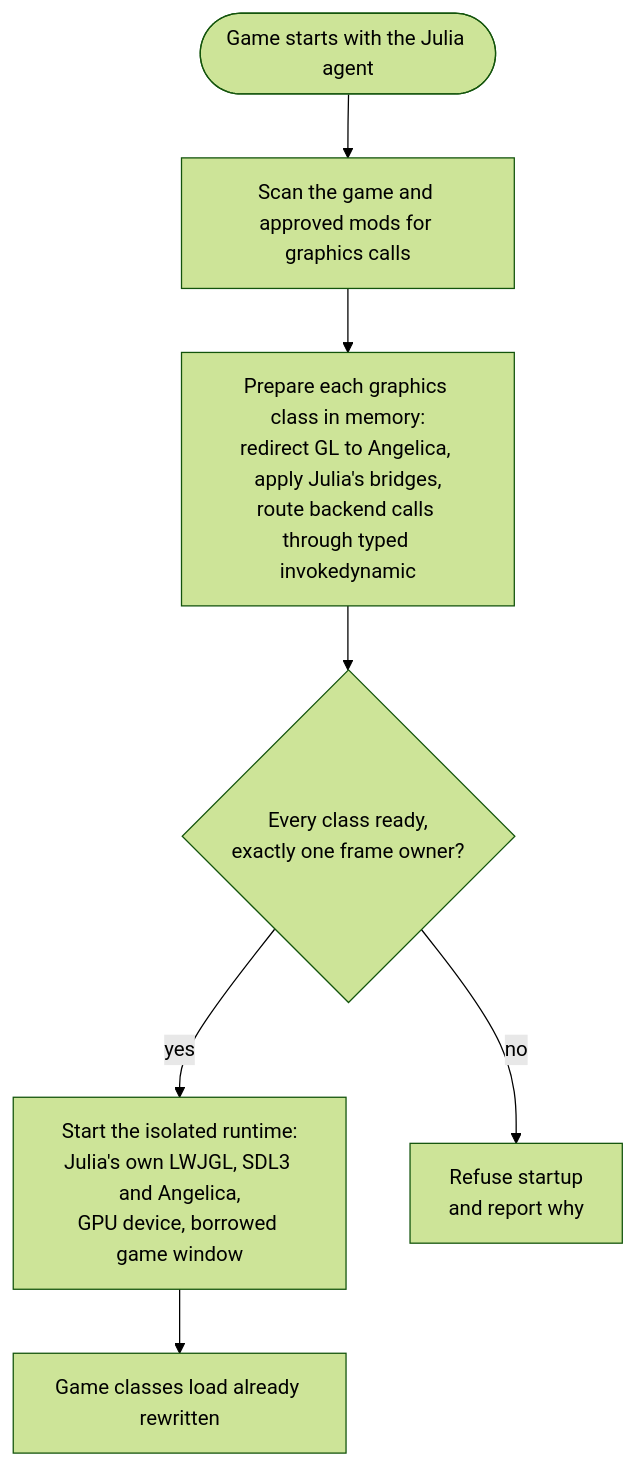
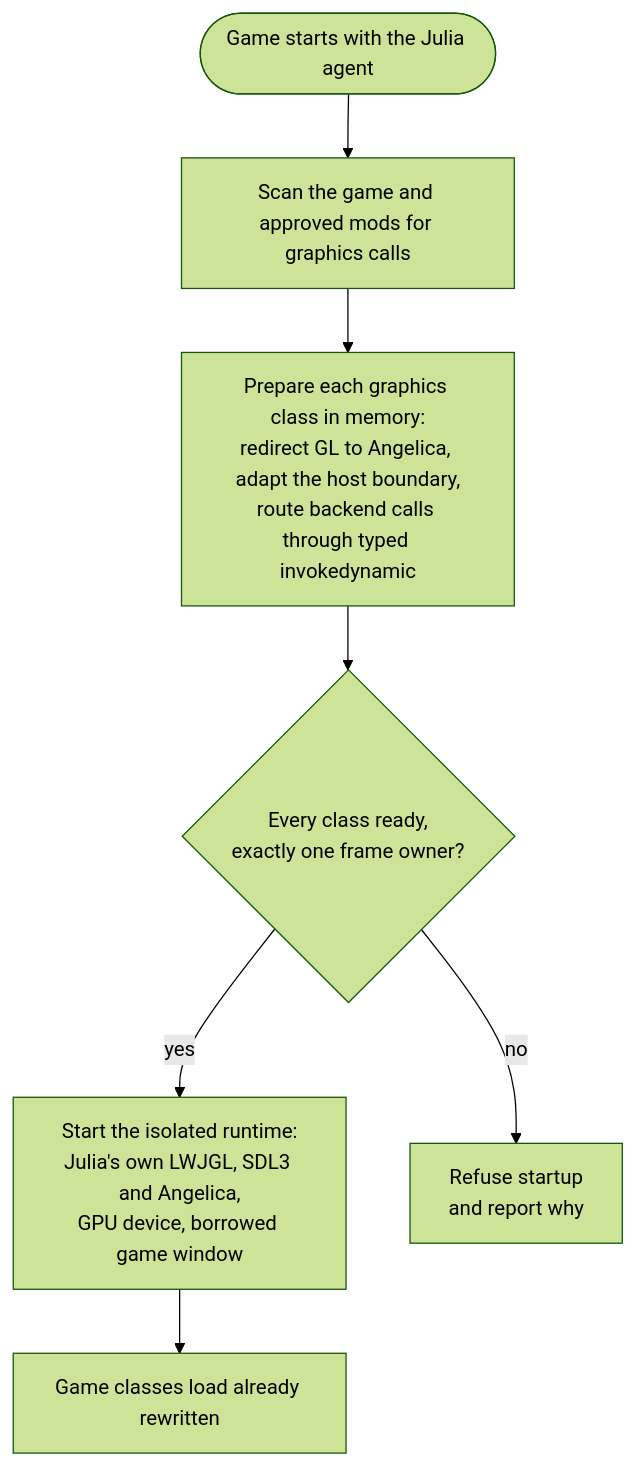
One commit to fopwoc/julia-pz changed the first of 2 diagrams in README.md. Above: the diagram before and after it, drawn with Mermaid (forest theme). The commit also changed other lines of this file and 25 other files, not shown here.

````diff
--- a/README.md
+++ b/README.md
@@ -183,9 +183,9 @@
 ```mermaid
 flowchart TD
     start(["Game starts with the Julia agent"]) --> scan["Scan the game and approved mods for graphics calls"]
-    scan --> prepare["Prepare each graphics class in memory:<br/>redirect GL to Angelica, apply Julia's bridges,<br/>route backend calls through typed invokedynamic"]
+    scan --> prepare["Prepare each graphics class in memory:<br/>redirect GL to Angelica, adapt the host boundary,<br/>route backend calls through typed invokedynamic"]
     prepare --> gate{"Every class ready,<br/>exactly one frame owner?"}
     gate -- yes --> runtime["Start the isolated runtime:<br/>Julia's own LWJGL, SDL3 and Angelica,<br/>GPU device, borrowed game window"]
     runtime --> load["Game classes load already rewritten"]
     gate -- no --> refuse["Refuse startup<br/>and report why"]
 ```
````
